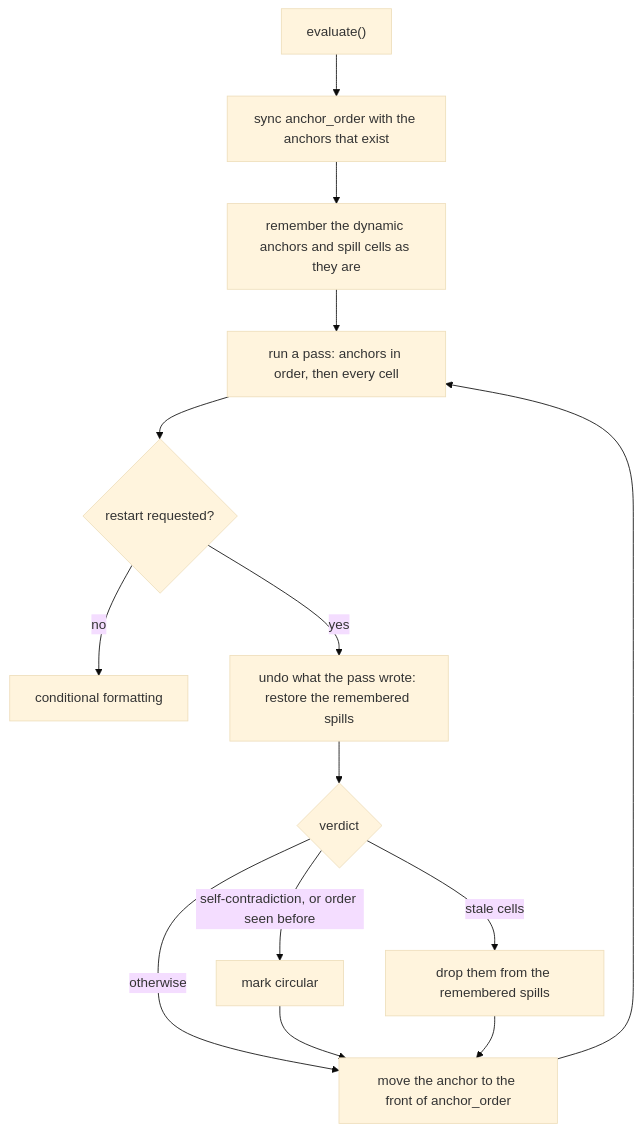
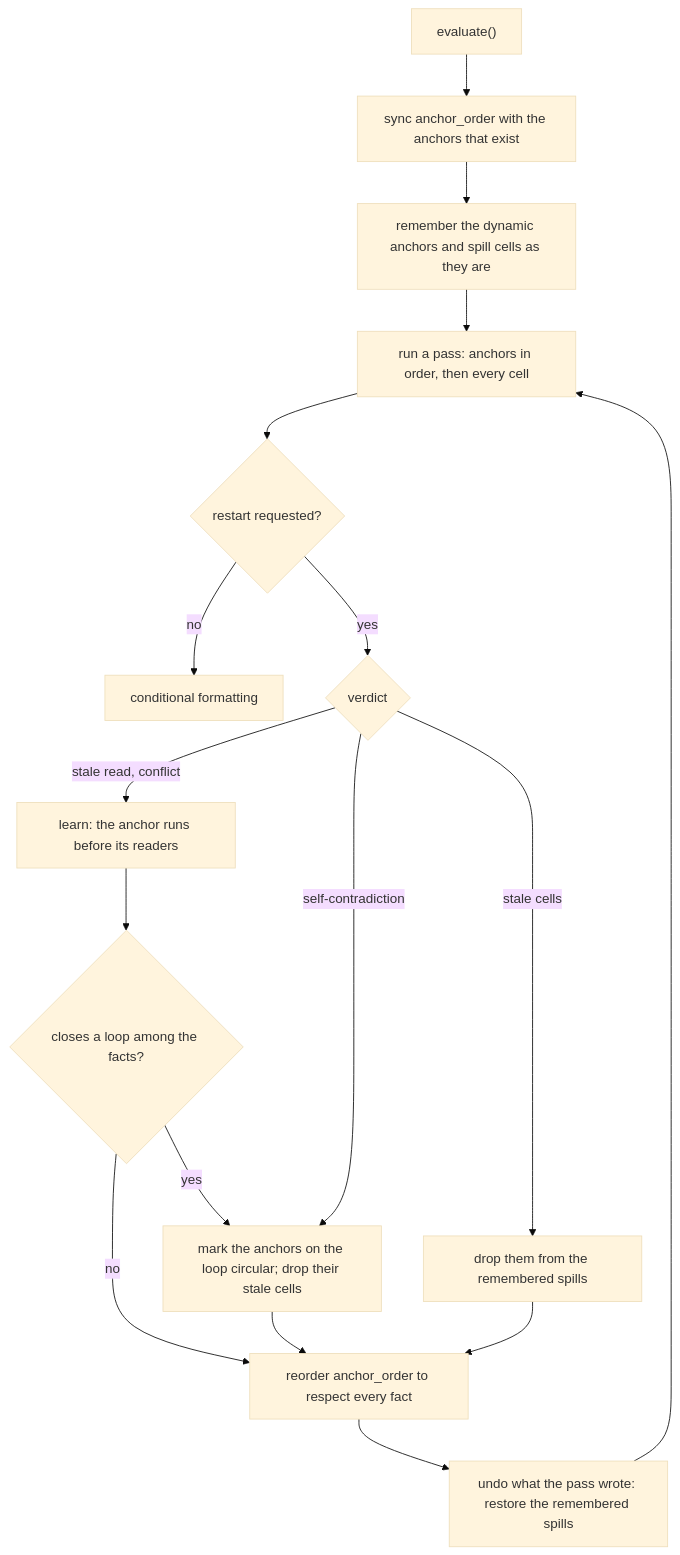
Before and after one commit to ironcalc/IronCalc: the second of 5 diagrams in cold-evaluation.md, drawn with Mermaid (base theme). The commit also changed other lines of this file and 12 other files, not shown here.

````diff
--- a/cold-evaluation.md
+++ b/cold-evaluation.md
@@ -119,16 +123,19 @@
 ```mermaid
 flowchart TD
     S["evaluate()"] --> SY["sync anchor_order with the anchors that exist"]
     SY --> SN["remember the dynamic anchors and spill cells as they are"]
     SN --> P["run a pass: anchors in order, then every cell"]
     P --> R{"restart requested?"}
     R -- no --> CF["conditional formatting"]
-    R -- yes --> U["undo what the pass wrote: restore the remembered spills"]
-    U --> V{"verdict"}
-    V -- "self-contradiction, or order seen before" --> C["mark circular"]
+    R -- yes --> V{"verdict"}
+    V -- "stale read, conflict" --> F["learn: the anchor runs before its readers"]
+    F --> CY{"closes a loop among the facts?"}
+    CY -- yes --> C["mark the anchors on the loop circular; drop their stale cells"]
+    CY -- no --> O["reorder anchor_order to respect every fact"]
+    V -- "self-contradiction" --> C
     V -- "stale cells" --> D["drop them from the remembered spills"]
-    V -- otherwise --> M
-    C --> M["move the anchor to the front of anchor_order"]
-    D --> M
-    M --> P
+    C --> O
+    D --> O
+    O --> U["undo what the pass wrote: restore the remembered spills"]
+    U --> P
 ```
````
